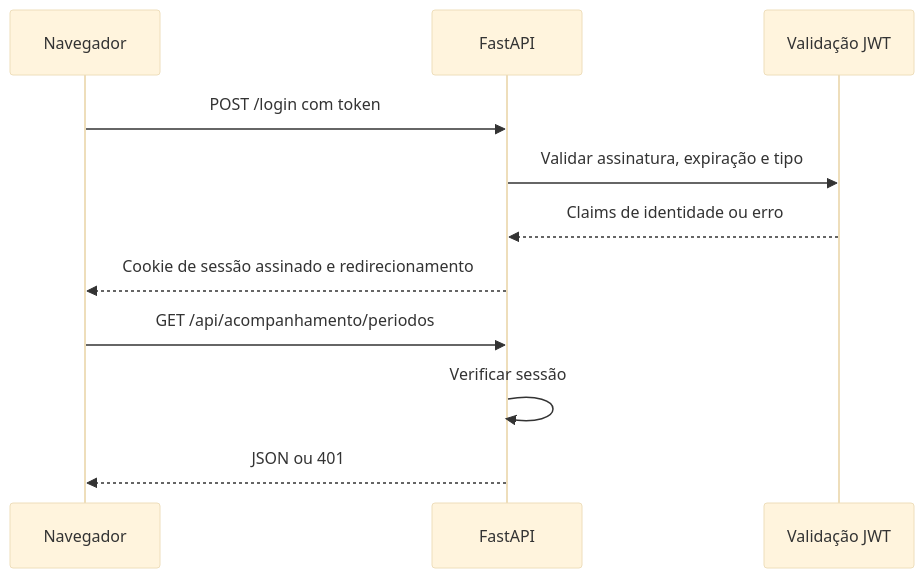
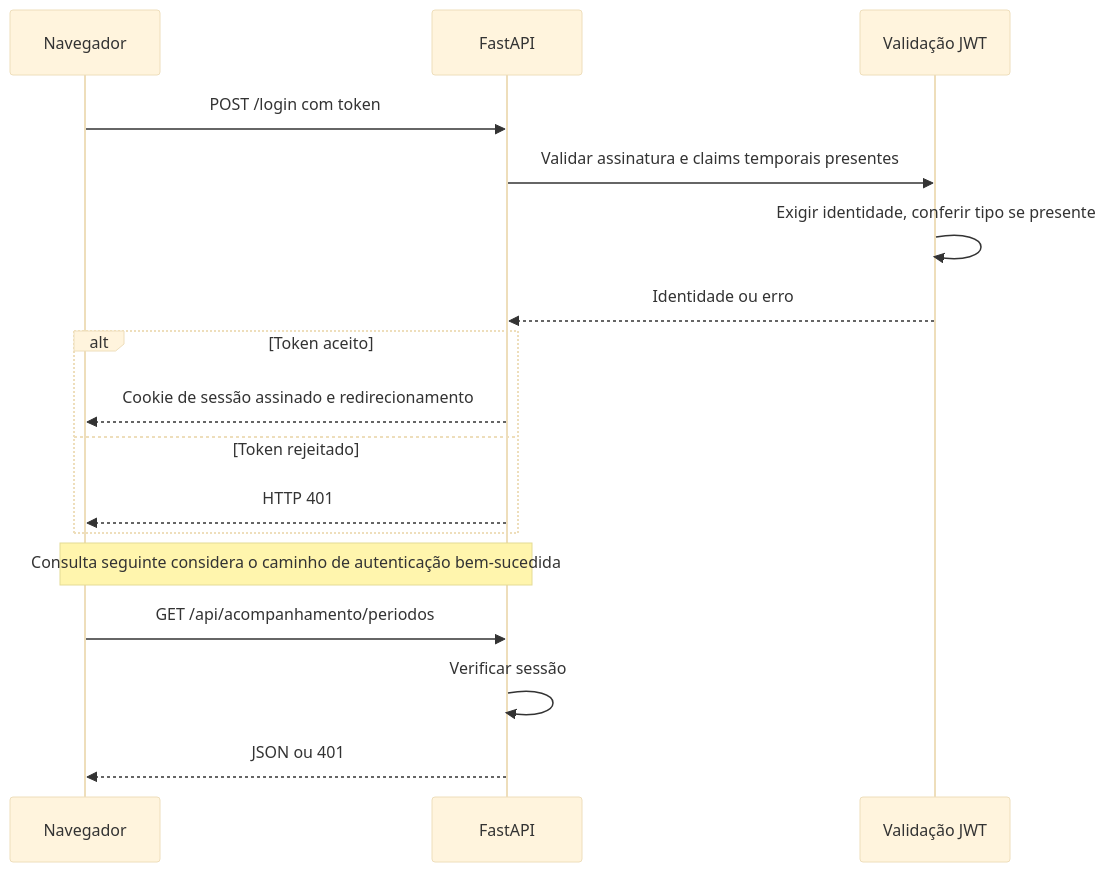
Before and after one commit to joaonicholasfigueiredo/performance_produtos_academico: the first of 2 diagrams in docs/arquitetura.md, drawn with Mermaid (base theme). The commit also changed other lines of this file and 8 other files, not shown here.

Commit message:
docs: complete Diagrams as Code documentation

````diff
--- a/docs/arquitetura.md
+++ b/docs/arquitetura.md
@@ -31,13 +23,19 @@
 ```mermaid
 sequenceDiagram
     participant B as Navegador
     participant F as FastAPI
     participant J as Validação JWT
     B->>F: POST /login com token
-    F->>J: Validar assinatura, expiração e tipo
-    J-->>F: Claims de identidade ou erro
-    F-->>B: Cookie de sessão assinado e redirecionamento
+    F->>J: Validar assinatura e claims temporais presentes
+    J->>J: Exigir identidade, conferir tipo se presente
+    J-->>F: Identidade ou erro
+    alt Token aceito
+        F-->>B: Cookie de sessão assinado e redirecionamento
+    else Token rejeitado
+        F-->>B: HTTP 401
+    end
+    Note over B,F: Consulta seguinte considera o caminho de autenticação bem-sucedida
     B->>F: GET /api/acompanhamento/periodos
     F->>F: Verificar sessão
     F-->>B: JSON ou 401
 ```
````
